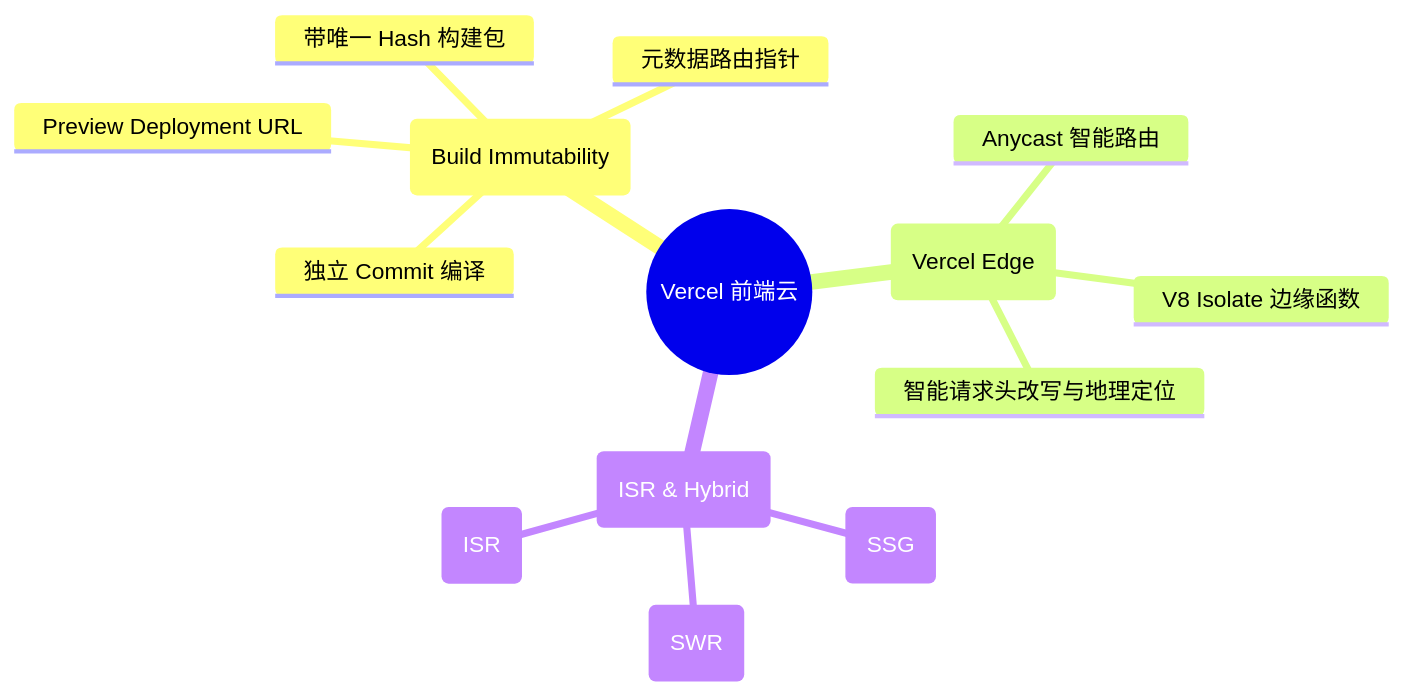
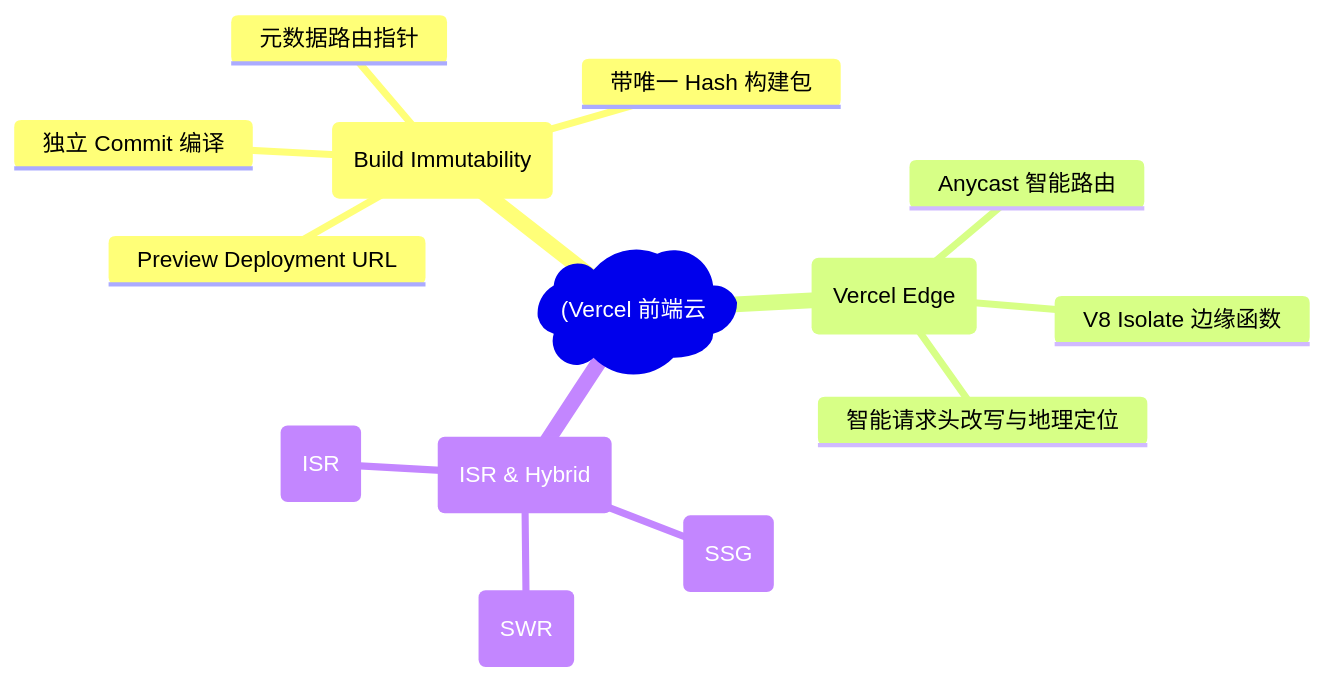
Before and after one commit to koosai/AI-Architect-Learning: the second of 5 diagrams in docs/atlas/vercel.mdx, drawn with Mermaid. The commit also changed other lines of this file and 187 other files, not shown here.

Commit message:
fix(mermaid): fix all unquoted parens and edge label syntax errors across all docs

````diff
--- a/docs/atlas/vercel.mdx
+++ b/docs/atlas/vercel.mdx
@@ -74,17 +74,17 @@
 ```mermaid
 mindmap
-  root((Vercel 前端云))
+  root("(Vercel 前端云"))
     构建系统 (Build Immutability)
       独立 Commit 编译
       带唯一 Hash 构建包
       元数据路由指针
       Preview Deployment URL
     边缘网络层 (Vercel Edge)
       Anycast 智能路由
       V8 Isolate 边缘函数
       智能请求头改写与地理定位
     缓存渲染层 (ISR & Hybrid)
       静态网页托管 (SSG)
       Stale-While-Revalidate (SWR)
       后台异步页面重建 (ISR)
 ```
````
